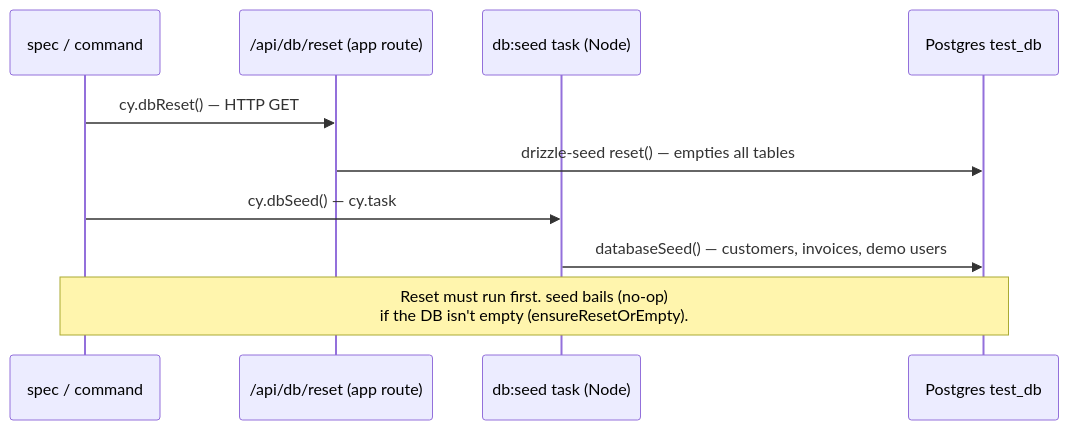
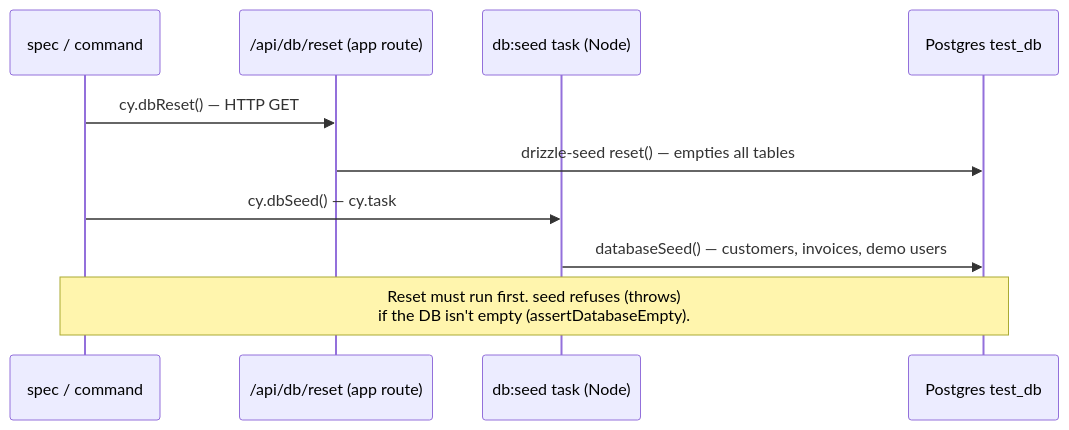
The second of 2 diagrams in cypress/README.md (andrewpetersondev/nextjs-dashboard), drawn with Mermaid before and after one commit. The commit also changed 5 other files, not shown here.

First line of the commit message:
fix(devtools): exit 1 when db:seed refuses a non-empty database

````diff
--- a/cypress/README.md
+++ b/cypress/README.md
@@ -148,13 +148,13 @@
 ```mermaid
 sequenceDiagram
     participant S as spec / command
     participant R as /api/db/reset (app route)
     participant T as db:seed task (Node)
     participant DB as Postgres test_db
 
     S->>R: cy.dbReset()  — HTTP GET
     R->>DB: drizzle-seed reset() — empties all tables
     S->>T: cy.dbSeed()  — cy.task
     T->>DB: databaseSeed() — customers, invoices, demo users
-    Note over S,DB: Reset must run first. seed bails (no-op)<br/>if the DB isn't empty (ensureResetOrEmpty).
+    Note over S,DB: Reset must run first. seed refuses (throws)<br/>if the DB isn't empty (assertDatabaseEmpty).
 ```
````
